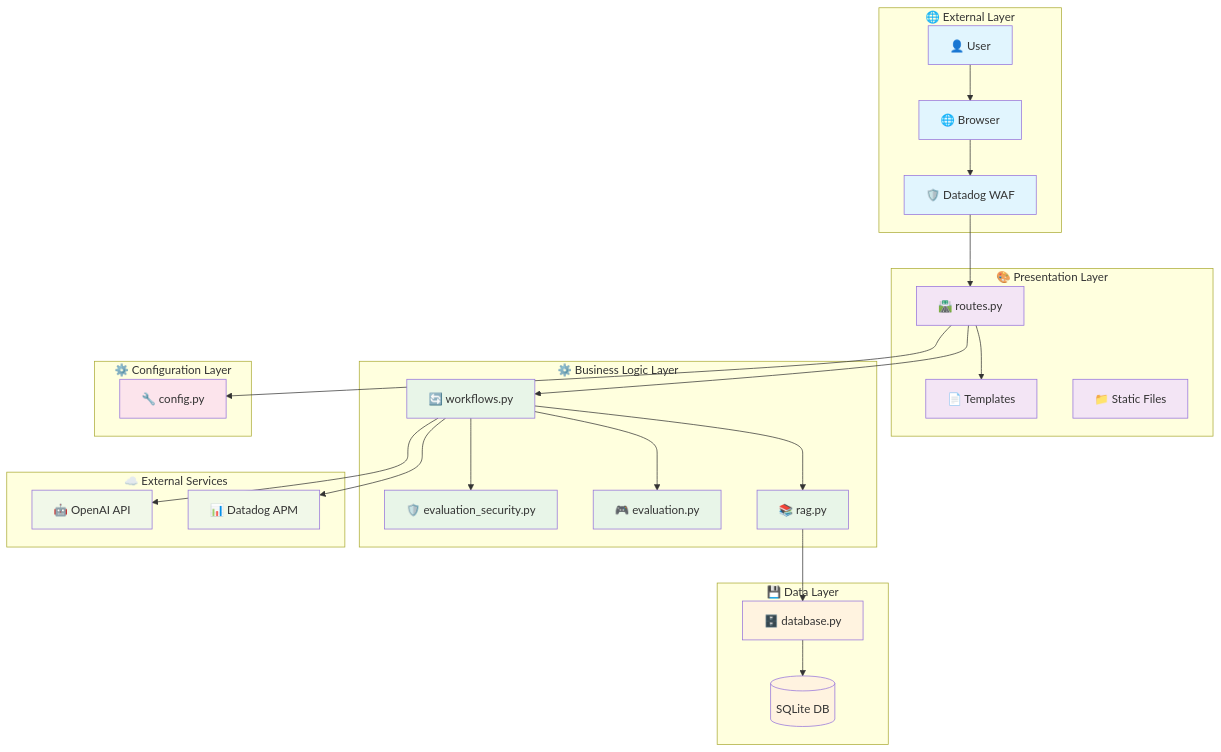
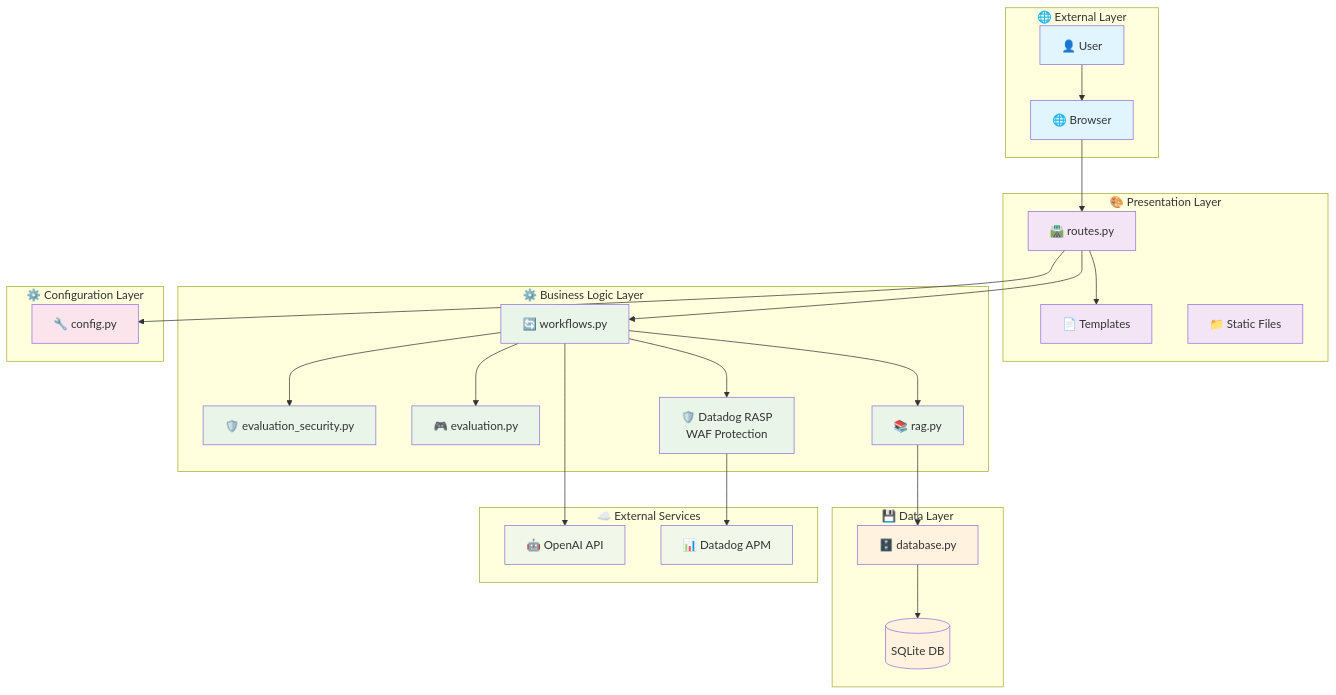
One commit to jon94/llmdemo-prod changed the first of 10 diagrams in APPLICATION-CODE-ARCHITECTURE.md. Above: the diagram before and after it, drawn with Mermaid. The commit also changed other lines of this file, not shown here.

Commit message:
fixed lexical error in mermaid

````diff
--- a/APPLICATION-CODE-ARCHITECTURE.md
+++ b/APPLICATION-CODE-ARCHITECTURE.md
@@ -19,71 +19,71 @@
 ```mermaid
 graph TB
     %% External Layer
     subgraph External["🌐 External Layer"]
         User[👤 User]
         Browser[🌐 Browser]
-        DatadogWAF[🛡️ Datadog WAF]
     end
     
     %% Presentation Layer
     subgraph Presentation["🎨 Presentation Layer"]
         Templates[📄 Templates]
         StaticFiles[📁 Static Files]
         Routes[🛣️ routes.py]
     end
     
     %% Business Logic Layer
     subgraph BusinessLogic["⚙️ Business Logic Layer"]
         Workflows[🔄 workflows.py]
         SecurityEval[🛡️ evaluation_security.py]
         CTFEval[🎮 evaluation.py]
         RAG[📚 rag.py]
+        DatadogRASP[🛡️ Datadog RASP<br/>WAF Protection]
     end
     
     %% Data Layer
     subgraph DataLayer["💾 Data Layer"]
         Database[🗄️ database.py]
         SQLite[(SQLite DB)]
     end
     
     %% Configuration Layer
     subgraph ConfigLayer["⚙️ Configuration Layer"]
         Config[🔧 config.py]
     end
     
     %% External Services
     subgraph ExternalServices["☁️ External Services"]
         OpenAI[🤖 OpenAI API]
         Datadog[📊 Datadog APM]
     end
     
     %% Flow connections
     User --> Browser
-    Browser --> DatadogWAF
-    DatadogWAF --> Routes
+    Browser --> Routes
     Routes --> Templates
     Routes --> Workflows
     Workflows --> SecurityEval
     Workflows --> CTFEval
     Workflows --> RAG
+    Workflows --> DatadogRASP
     RAG --> Database
     Database --> SQLite
     Workflows --> OpenAI
     Routes --> Config
-    Workflows --> Datadog
+    DatadogRASP --> Datadog
     
     %% Styling
     classDef external fill:#e1f5fe
     classDef presentation fill:#f3e5f5
     classDef business fill:#e8f5e8
     classDef data fill:#fff3e0
     classDef config fill:#fce4ec
     classDef services fill:#f1f8e9
     
-    class User,Browser,DatadogWAF external
+    class User,Browser external
     class Templates,StaticFiles,Routes presentation
-    class Workflows,SecurityEval,CTFEval,RAG business
+    class Workflows,SecurityEval,CTFEval,RAG,DatadogRASP business
     class Database,SQLite data
     class Config config
     class OpenAI,Datadog services
 ```
````
